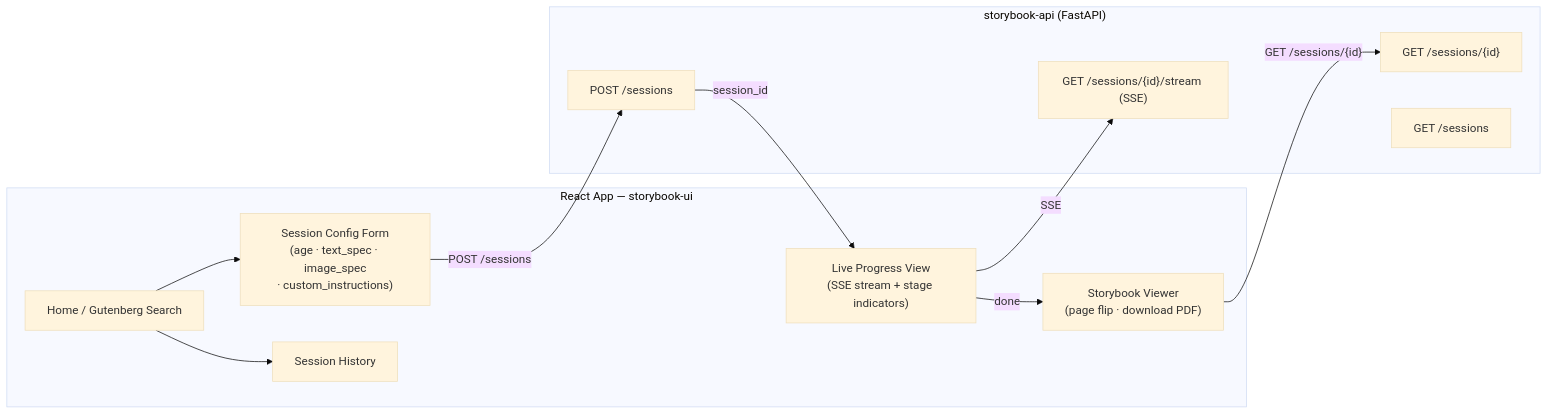
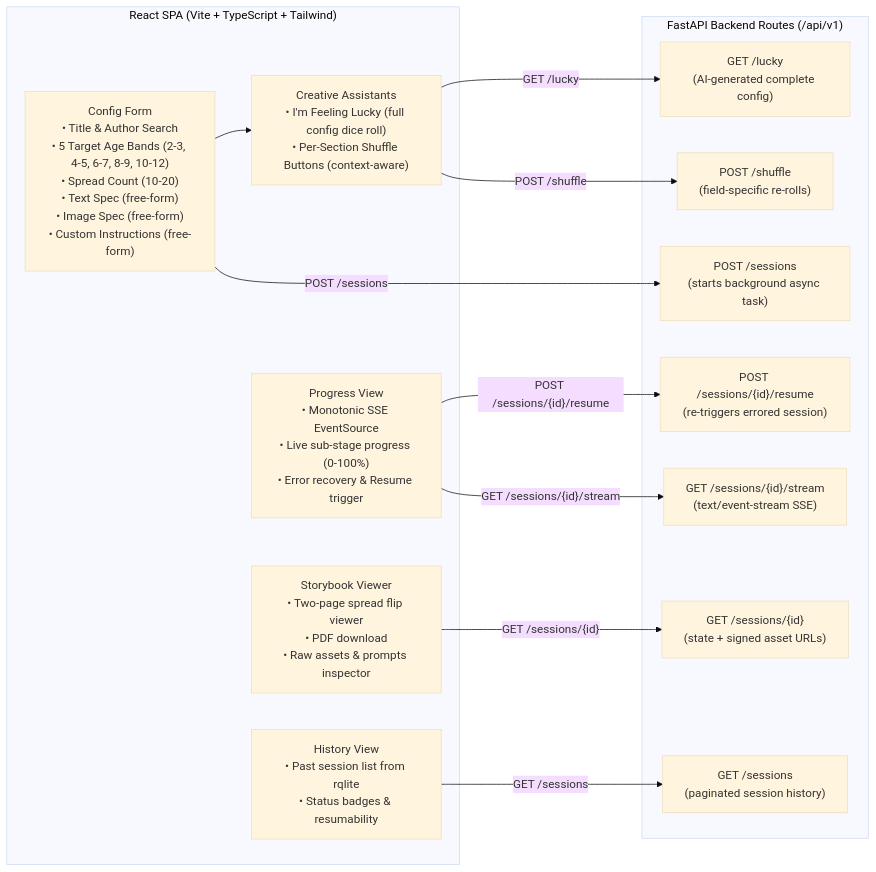
The second of 4 diagrams in docs/architecture/architecture.md (arbrown/asp), drawn with Mermaid (base theme) before and after one commit. The commit also changed other lines of this file, not shown here.

Commit message:
docs: update architecture diagrams and spec to match current two-pass spread pipeline

````diff
--- a/docs/architecture/architecture.md
+++ b/docs/architecture/architecture.md
@@ -206,25 +125,29 @@
 ```mermaid
 graph LR
-    subgraph Frontend ["React App — storybook-ui"]
-        Home["Home / Gutenberg Search"]
-        Config["Session Config Form\n(age · text_spec · image_spec\n· custom_instructions)"]
-        Progress["Live Progress View\n(SSE stream + stage indicators)"]
-        Viewer["Storybook Viewer\n(page flip · download PDF)"]
-        History["Session History"]
+    subgraph UI ["React SPA (Vite + TypeScript + Tailwind)"]
+        Form["Config Form\n• Title & Author Search\n• 5 Target Age Bands (2-3, 4-5, 6-7, 8-9, 10-12)\n• Spread Count (10-20)\n• Text Spec (free-form)\n• Image Spec (free-form)\n• Custom Instructions (free-form)"]
+        Assistants["Creative Assistants\n• I'm Feeling Lucky (full config dice roll)\n• Per-Section Shuffle Buttons (context-aware)"]
+        Progress["Progress View\n• Monotonic SSE EventSource\n• Live sub-stage progress (0-100%)\n• Error recovery & Resume trigger"]
+        Viewer["Storybook Viewer\n• Two-page spread flip viewer\n• PDF download\n• Raw assets & prompts inspector"]
+        History["History View\n• Past session list from rqlite\n• Status badges & resumability"]
     end
 
-    subgraph API ["storybook-api (FastAPI)"]
-        EP1["POST /sessions"]
-        EP2["GET /sessions/{id}/stream (SSE)"]
-        EP3["GET /sessions/{id}"]
-        EP4["GET /sessions"]
+    subgraph Backend ["FastAPI Backend Routes (/api/v1)"]
+        Lucky["GET /lucky\n(AI-generated complete config)"]
+        Shuffle["POST /shuffle\n(field-specific re-rolls)"]
+        PostSession["POST /sessions\n(starts background async task)"]
+        ResumeSession["POST /sessions/{id}/resume\n(re-triggers errored session)"]
+        StreamSSE["GET /sessions/{id}/stream\n(text/event-stream SSE)"]
+        GetSession["GET /sessions/{id}\n(state + signed asset URLs)"]
+        ListSessions["GET /sessions\n(paginated session history)"]
     end
 
-    Home --> Config
-    Config -->|"POST /sessions"| EP1
-    EP1 -->|"session_id"| Progress
-    Progress -->|"SSE"| EP2
-    Progress -->|"done"| Viewer
-    Viewer -->|"GET /sessions/{id}"| EP3
-    Home --> History
+    Form --> Assistants
+    Assistants -->|"GET /lucky"| Lucky
+    Assistants -->|"POST /shuffle"| Shuffle
+    Form -->|"POST /sessions"| PostSession
+    Progress -->|"GET /sessions/{id}/stream"| StreamSSE
+    Progress -->|"POST /sessions/{id}/resume"| ResumeSession
+    Viewer -->|"GET /sessions/{id}"| GetSession
+    History -->|"GET /sessions"| ListSessions
 ```
````
